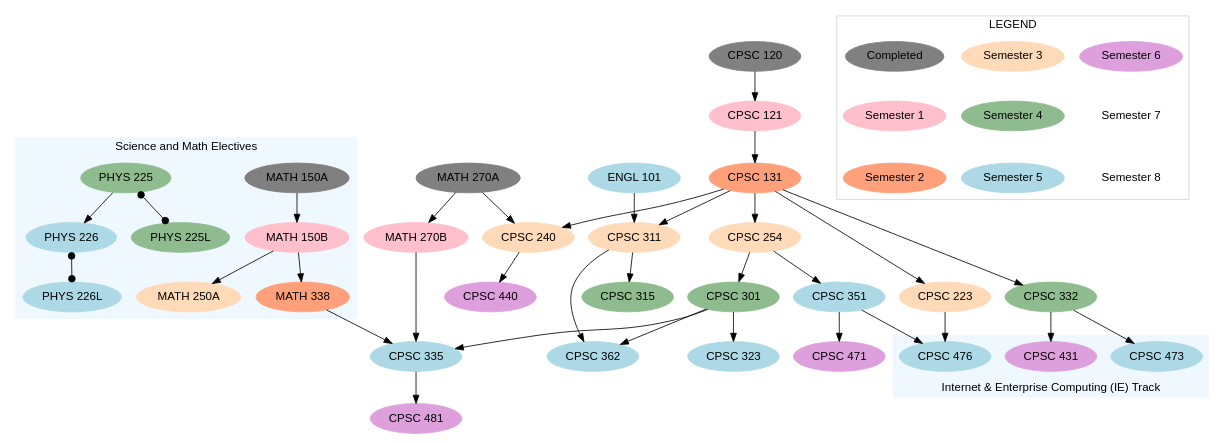
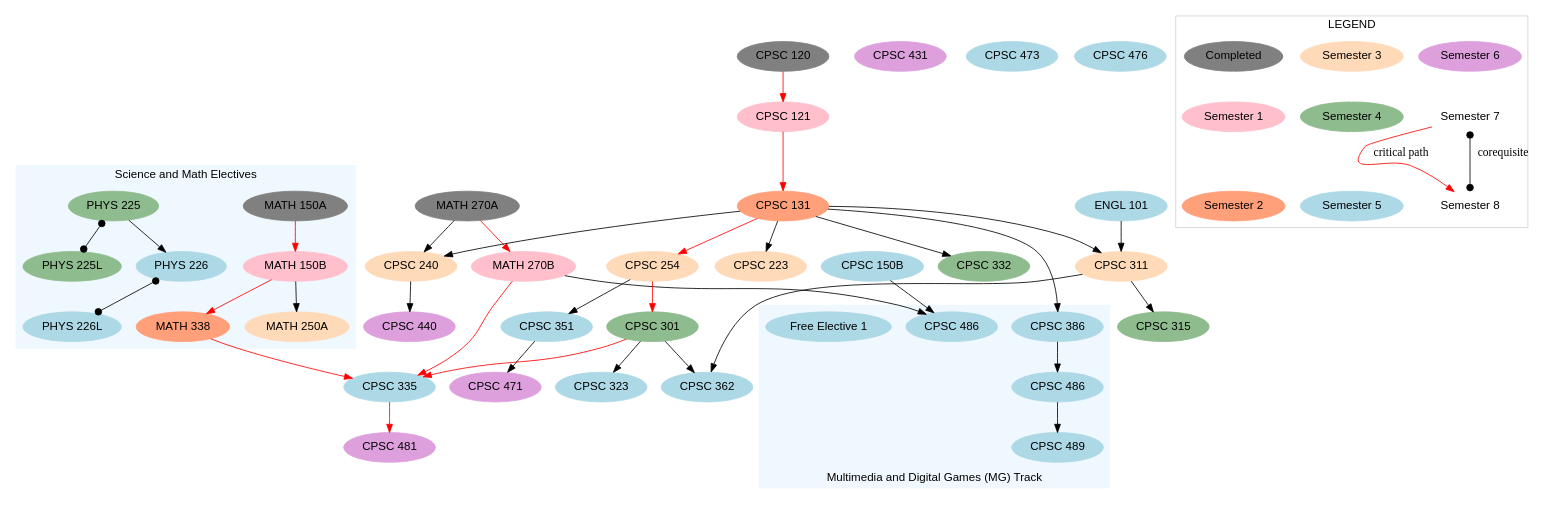
The diagram in idealcgv.gv (danaoira/Curriculum-Graph-Visualizer), drawn with Graphviz before and after one commit. The commit also changed 2 other files, not shown here.

Commit message:
Fixed errors in core curriculum; Critical path red edges; Corequisite dotted arrowheads; Added other elective tracks

```diff
--- a/idealcgv.gv
+++ b/idealcgv.gv
@@ -1,112 +1,113 @@
 digraph idealcgv {
 	graph [fontname=Helvetica]
 	node [fontname=Helvetica]
 	node [color=grey style=filled]
 	"MATH 150A"
 	"MATH 270A"
 	"CPSC 120"
 	node [color=pink style=filled]
 	"MATH 150B"
 	"MATH 270B"
 	"CPSC 121"
 	node [color=lightsalmon style=filled]
 	"CPSC 131"
 	"MATH 338"
 	node [color=peachpuff style=filled]
 	"MATH 250A"
 	"CPSC 240"
 	"CPSC 254"
 	"CPSC 223"
 	"CPSC 311"
 	node [color=darkseagreen style=filled]
 	"PHYS 225"
 	"PHYS 225L"
 	"CPSC 301"
 	"CPSC 332"
 	"CPSC 315"
 	node [color=lightblue style=filled]
 	"PHYS 226"
 	"PHYS 226L"
 	"CPSC 335"
 	"CPSC 351"
 	"CPSC 323"
 	"CPSC 362"
 	node [color=plum style=filled]
 	"CPSC 481"
 	"CPSC 471"
 	"CPSC 440"
 	"CPSC 431"
 	node [color=lightblue style=filled]
 	"CPSC 473"
 	"CPSC 476"
-		"CPSC 120" -> "CPSC 121"
-		"CPSC 121" -> "CPSC 131"
+		"CPSC 120" -> "CPSC 121" [color=red]
+		"CPSC 121" -> "CPSC 131" [color=red]
 		"CPSC 131" -> "CPSC 223"
 		"CPSC 131" -> "CPSC 240"
-		"CPSC 131" -> "CPSC 254"
+		"CPSC 131" -> "CPSC 254" [color=red]
 		"CPSC 131" -> "CPSC 311"
 		"CPSC 131" -> "CPSC 332"
 		"CPSC 240" -> "CPSC 440"
-		"CPSC 254" -> "CPSC 301"
+		"CPSC 254" -> "CPSC 301" [color=red]
 		"CPSC 254" -> "CPSC 351"
 		"CPSC 301" -> "CPSC 323"
-		"CPSC 301" -> "CPSC 335"
+		"CPSC 301" -> "CPSC 335" [color=red]
 		"CPSC 301" -> "CPSC 362"
 		"CPSC 311" -> "CPSC 315"
 		"CPSC 311" -> "CPSC 362"
-		"CPSC 335" -> "CPSC 481"
+		"CPSC 335" -> "CPSC 481" [color=red]
 		"CPSC 351" -> "CPSC 471"
 		"ENGL 101" -> "CPSC 311"
-		"MATH 150A" -> "MATH 150B"
-		"MATH 150B" -> "MATH 338"
+		"MATH 150A" -> "MATH 150B" [color=red]
+		"MATH 150B" -> "MATH 338" [color=red]
 		"MATH 270A" -> "CPSC 240"
-		"MATH 270A" -> "MATH 270B"
-		"MATH 270B" -> "CPSC 335"
-		"MATH 338" -> "CPSC 335"
-		"CPSC 332" -> "CPSC 431"
-		"CPSC 332" -> "CPSC 473"
-		"CPSC 223" -> "CPSC 476"
-		"CPSC 351" -> "CPSC 476"
+		"MATH 270A" -> "MATH 270B" [color=red]
+		"MATH 270B" -> "CPSC 335" [color=red]
+		"MATH 338" -> "CPSC 335" [color=red]
+		"CPSC 131" -> "CPSC 386"
+		"CPSC 150B" -> "CPSC 484"
+		"MATH 270B" -> "CPSC 484"
 	subgraph cluster_1 {
 	label = "Science and Math Electives"
 	color = aliceblue
 	style = filled
 			"MATH 150B" -> "MATH 250A"
 			"PHYS 225" -> "PHYS 225L" [label="" arrowhead=dot arrowtail=dot dir=both]
 			"PHYS 225" -> "PHYS 226"
 			"PHYS 226" -> "PHYS 226L" [label="" arrowhead=dot arrowtail=dot dir=both]
 		"MATH 150A"
 		"MATH 250A"
 		"MATH 338"
 	}
-	subgraph cluster_2 {
-	label = "Internet & Enterprise Computing (IE) Track"
+	subgraph cluster_4 {
+	label = "Multimedia and Digital Games (MG) Track"
 	labelloc = "b"
 	color = aliceblue
 	style = filled
-		"CPSC 431"
-		"CPSC 473"
-		"CPSC 476"
+			"CPSC 386" -> "CPSC 486"
+		"CPSC 484" [label="CPSC 486"]
+			"CPSC 486" -> "CPSC 489"
+		"Free Elective 1"
 	}
 	subgraph cluster_0 {
 		node [color=white style=filled]
 		edge [color=white]
 		label = "LEGEND"
 		color=lightgrey
 			"Semester 6" [color=plum]
 			"Semester 7"
 			"Semester 3" [color=peachpuff]
 			"Semester 4" [color=darkseagreen]
 			"Semester 5" [color=lightblue]
 			Completed [color=grey]
 			"Semester 1" [color=pink]
 			"Semester 2" [color=lightsalmon]
 			"Semester 8"
 				"Semester 6" -> "Semester 7"
-				"Semester 7" -> "Semester 8"
+				"Semester 7" -> "Semester 8" [label="critical path" color=red]
+				"Semester 7" -> "Semester 8" [label=corequisite arrowhead=dot arrowtail=dot color=black dir=both]
 				"Semester 3" -> "Semester 4"
 				"Semester 4" -> "Semester 5"
 				Completed -> "Semester 1"
 				"Semester 1" -> "Semester 2"
 	}
 }
```
